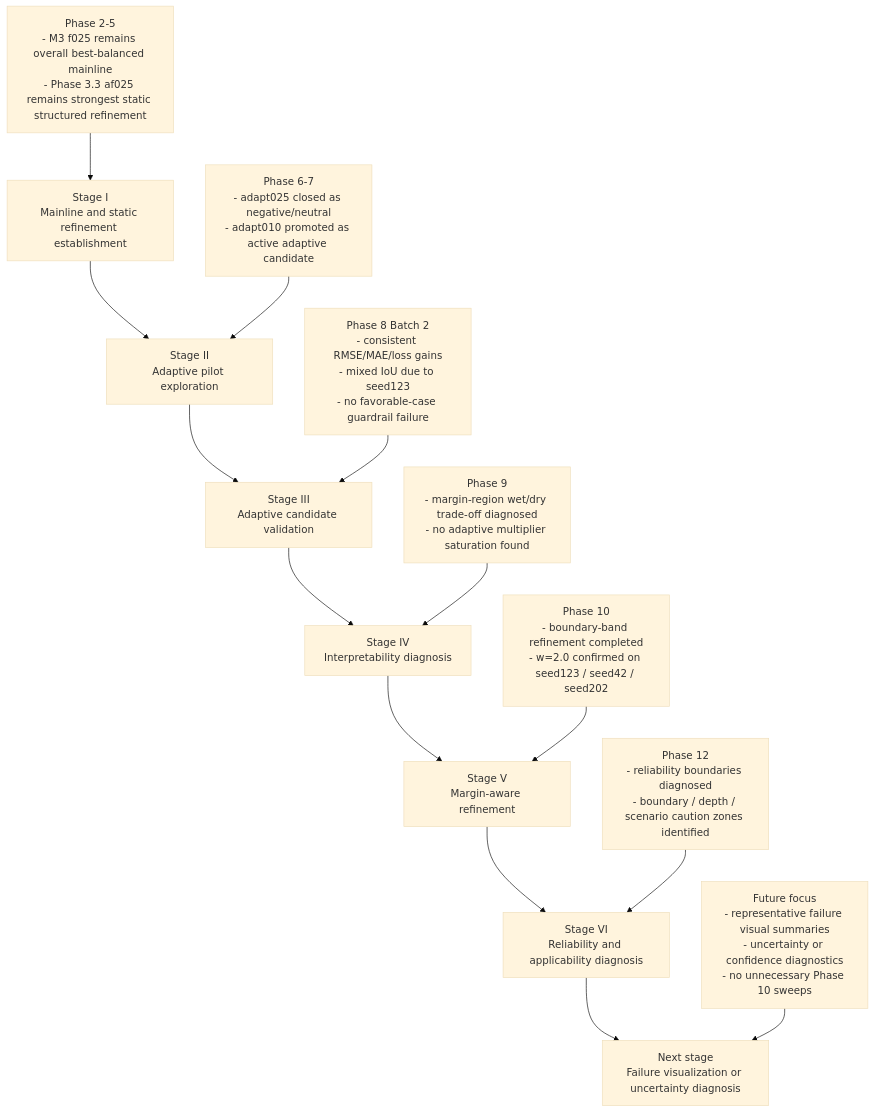
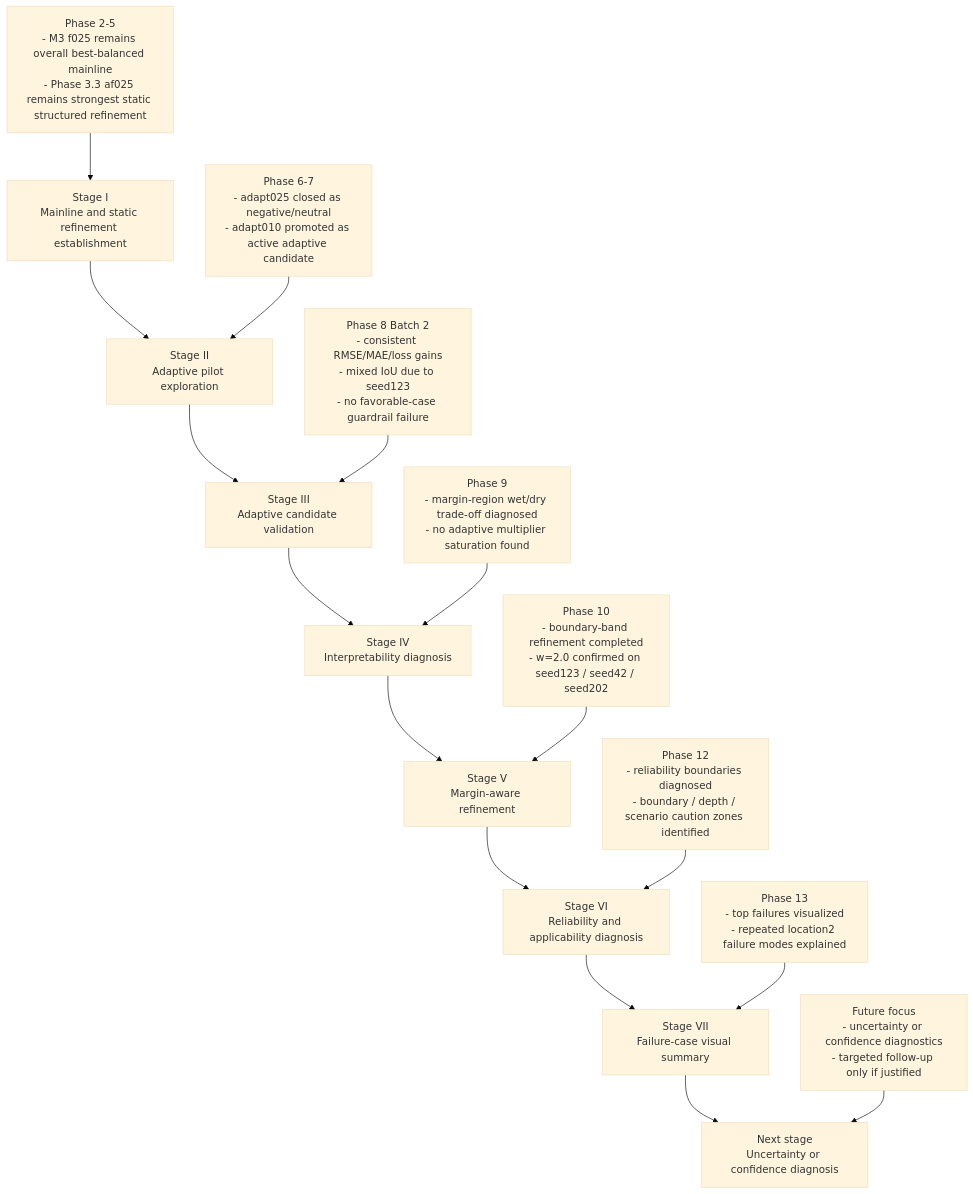
The third of 3 diagrams in README.md (HolyLin990604/physics-guided-urban-flood-prediction), drawn with Mermaid (base theme) before and after one commit. The commit also changed other lines of this file and 2 other files, not shown here.

Commit message:
docs: sync phase13 failure-case status

````diff
--- a/README.md
+++ b/README.md
@@ -180,17 +209,19 @@
 ```mermaid
 flowchart TD
     A[Stage I<br/>Mainline and static refinement establishment] --> B[Stage II<br/>Adaptive pilot exploration]
     B --> C[Stage III<br/>Adaptive candidate validation]
     C --> D[Stage IV<br/>Interpretability diagnosis]
     D --> E[Stage V<br/>Margin-aware refinement]
     E --> F[Stage VI<br/>Reliability and applicability diagnosis]
-    F --> G[Next stage<br/>Failure visualization or uncertainty diagnosis]
+    F --> G[Stage VII<br/>Failure-case visual summary]
+    G --> H[Next stage<br/>Uncertainty or confidence diagnosis]
 
     A1[Phase 2-5<br/>- M3 f025 remains overall best-balanced mainline<br/>- Phase 3.3 af025 remains strongest static structured refinement] --> A
     B1[Phase 6-7<br/>- adapt025 closed as negative/neutral<br/>- adapt010 promoted as active adaptive candidate] --> B
     C1[Phase 8 Batch 2<br/>- consistent RMSE/MAE/loss gains<br/>- mixed IoU due to seed123<br/>- no favorable-case guardrail failure] --> C
     D1[Phase 9<br/>- margin-region wet/dry trade-off diagnosed<br/>- no adaptive multiplier saturation found] --> D
     E1[Phase 10<br/>- boundary-band refinement completed<br/>- w=2.0 confirmed on seed123 / seed42 / seed202] --> E
     F1[Phase 12<br/>- reliability boundaries diagnosed<br/>- boundary / depth / scenario caution zones identified] --> F
-    G1[Future focus<br/>- representative failure visual summaries<br/>- uncertainty or confidence diagnostics<br/>- no unnecessary Phase 10 sweeps] --> G
+    G1[Phase 13<br/>- top failures visualized<br/>- repeated location2 failure modes explained] --> G
+    H1[Future focus<br/>- uncertainty or confidence diagnostics<br/>- targeted follow-up only if justified] --> H
 ```
````
